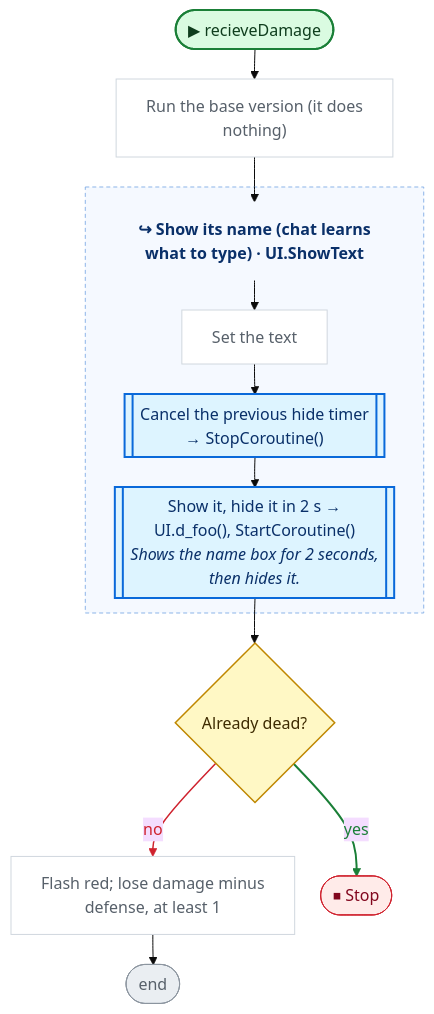
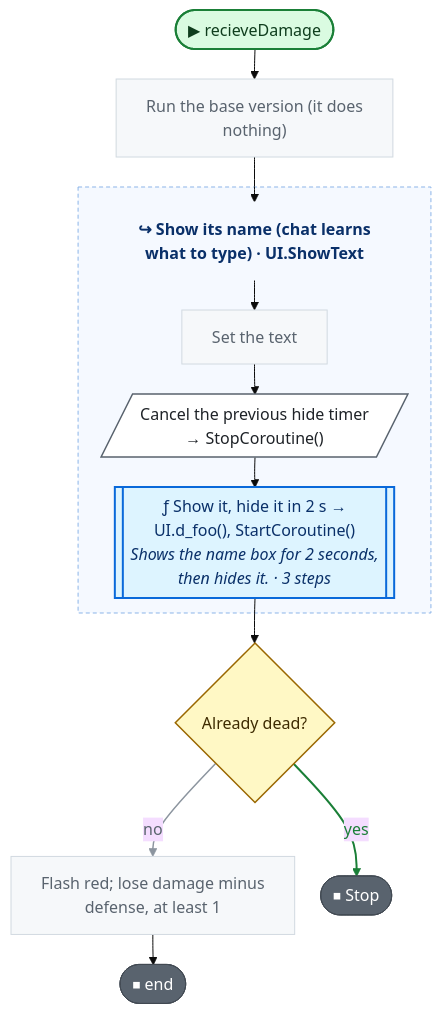
Before and after one commit to nataiai/Lord-of-the-Dungeon: the sixth of 7 diagrams in CodeGraph~/graph/Enemy.cs.md, drawn with Mermaid (base theme). The commit also changed other lines of this file and 57 other files, not shown here.

````diff
--- a/CodeGraph~/graph/Enemy.cs.md
+++ b/CodeGraph~/graph/Enemy.cs.md
@@ -370,59 +371,60 @@
 ```mermaid
 ---
 config:
   flowchart:
     wrappingWidth: 260
     nodeSpacing: 26
     rankSpacing: 30
 ---
 flowchart TD
   nS(["▶ recieveDamage"])
   nbf19ee["Run the base version (it does<br>nothing)"]
   n8ee15d_h["↪ Show its name (chat learns<br>what to type) · UI.ShowText"]
   n8ee15d_nfb3807["Set the text"]
-  n8ee15d_n585589[["Cancel the previous hide timer<br>→ StopCoroutine()"]]
-  n8ee15d_n20ff75[["Show it, hide it in 2 s →<br>UI.d_foo(), StartCoroutine()<br><i>Shows the name box for 2 seconds,</i><br><i>then hides it.</i>"]]
+  n8ee15d_n585589[/"Cancel the previous hide timer<br>→ StopCoroutine()"/]
+  n8ee15d_n20ff75[["ƒ Show it, hide it in 2 s →<br>UI.d_foo(), StartCoroutine()<br><i>Shows the name box for 2 seconds,</i><br><i>then hides it. · 3 steps</i>"]]
   neefeeb{"Already dead?"}
   n159aaa["Flash red; lose damage minus<br>defense, at least 1"]
-  nE(["end"])
+  nE(["⏹ end"])
   nb2e4fc(["⏹ Stop"])
   subgraph n8ee15d_g[" "]
     n8ee15d_h
     n8ee15d_nfb3807
     n8ee15d_n585589
     n8ee15d_n20ff75
   end
   style n8ee15d_g fill:#f5f9ff,stroke:#8cb4e8,stroke-dasharray:4 3,color:#0a3069
   nS --> nbf19ee
   nbf19ee --> n8ee15d_h
   neefeeb -->|no| n159aaa
   neefeeb -->|yes| nb2e4fc
   n159aaa --> nE
   n8ee15d_h --> n8ee15d_nfb3807
   n8ee15d_nfb3807 --> n8ee15d_n585589
   n8ee15d_n585589 --> n8ee15d_n20ff75
   n8ee15d_n20ff75 --> neefeeb
-  linkStyle 2 stroke:#cf222e,stroke-width:1.5px,color:#cf222e
+  linkStyle 2 stroke:#8c959f,stroke-width:1.5px,color:#59636e
   linkStyle 3 stroke:#1a7f37,stroke-width:2px,color:#1a7f37
   classDef unity fill:#dafbe1,stroke:#1a7f37,stroke-width:2px,color:#0f3d1d
   classDef start fill:#dafbe1,stroke:#1a7f37,stroke-width:2px,color:#0f3d1d
-  classDef calc fill:#ffffff,stroke:#d0d7de,color:#57606a
+  classDef calc fill:#f6f8fa,stroke:#d1d9e0,color:#59636e
   classDef calls fill:#ddf4ff,stroke:#0969da,stroke-width:2px,color:#0a3069
-  classDef ext fill:#ddf4ff,stroke:#0969da,stroke-width:2px,stroke-dasharray:5 3,color:#0a3069
-  classDef cond fill:#fff8c5,stroke:#bf8700,stroke-width:1.5px,color:#3d2a00
-  classDef loop fill:#f6f8fa,stroke:#57606a,color:#1f2328
-  classDef exit fill:#ffebe9,stroke:#cf222e,color:#82071e
+  classDef ext fill:#f6f8fa,stroke:#59636e,stroke-width:1.5px,stroke-dasharray:5 5,color:#1f2328
+  classDef cond fill:#fff8c5,stroke:#9a6700,stroke-width:1.5px,color:#3d2a00
+  classDef loop fill:#fff8c5,stroke:#9a6700,color:#3d2a00
+  classDef wait fill:#fff8c5,stroke:#9a6700,color:#3d2a00
+  classDef exit fill:#59636e,stroke:#424a53,color:#ffffff
+  classDef fin fill:#59636e,stroke:#424a53,color:#ffffff
+  classDef act fill:#ffffff,stroke:#59636e,stroke-width:1.5px,color:#1f2328
   classDef kill fill:#ffebe9,stroke:#cf222e,stroke-width:2px,color:#82071e
-  classDef spawn fill:#dafbe1,stroke:#1a7f37,stroke-width:2px,color:#0f3d1d
-  classDef wait fill:#fff1e5,stroke:#bc4c00,color:#4d1d00
-  classDef fin fill:#eaeef2,stroke:#8c959f,color:#57606a
   classDef join fill:#d0d7de,stroke:#8c959f,color:#57606a
   classDef ghdr fill:#f5f9ff,stroke:#f5f9ff,color:#0a3069,font-weight:bold
+  class n8ee15d_n585589 act
   class nbf19ee,n8ee15d_nfb3807,n159aaa calc
-  class n8ee15d_n585589,n8ee15d_n20ff75 calls
+  class n8ee15d_n20ff75 calls
   class neefeeb cond
   class nb2e4fc exit
   class nE fin
   class n8ee15d_h ghdr
   class nS start
 ```
````
